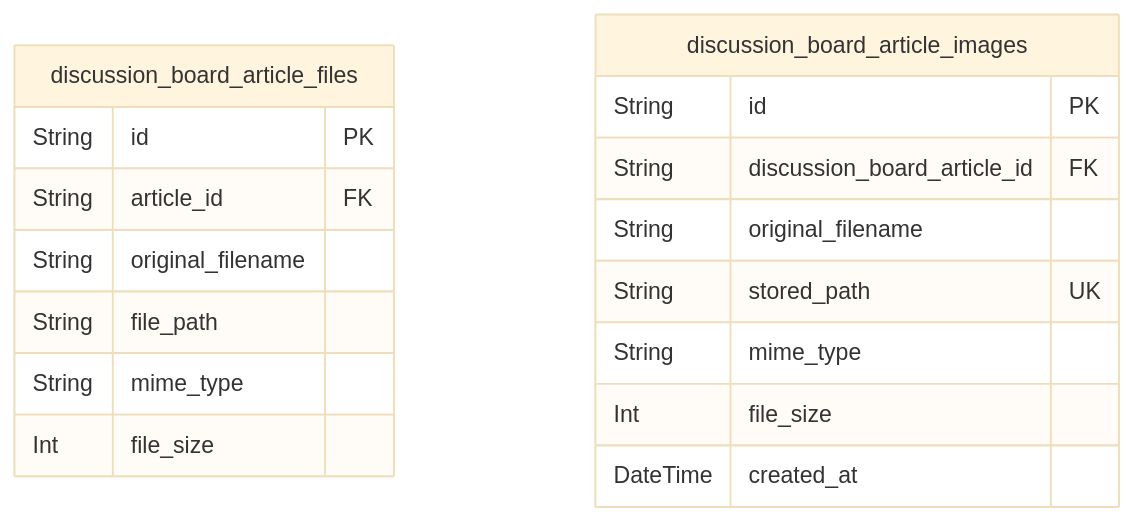
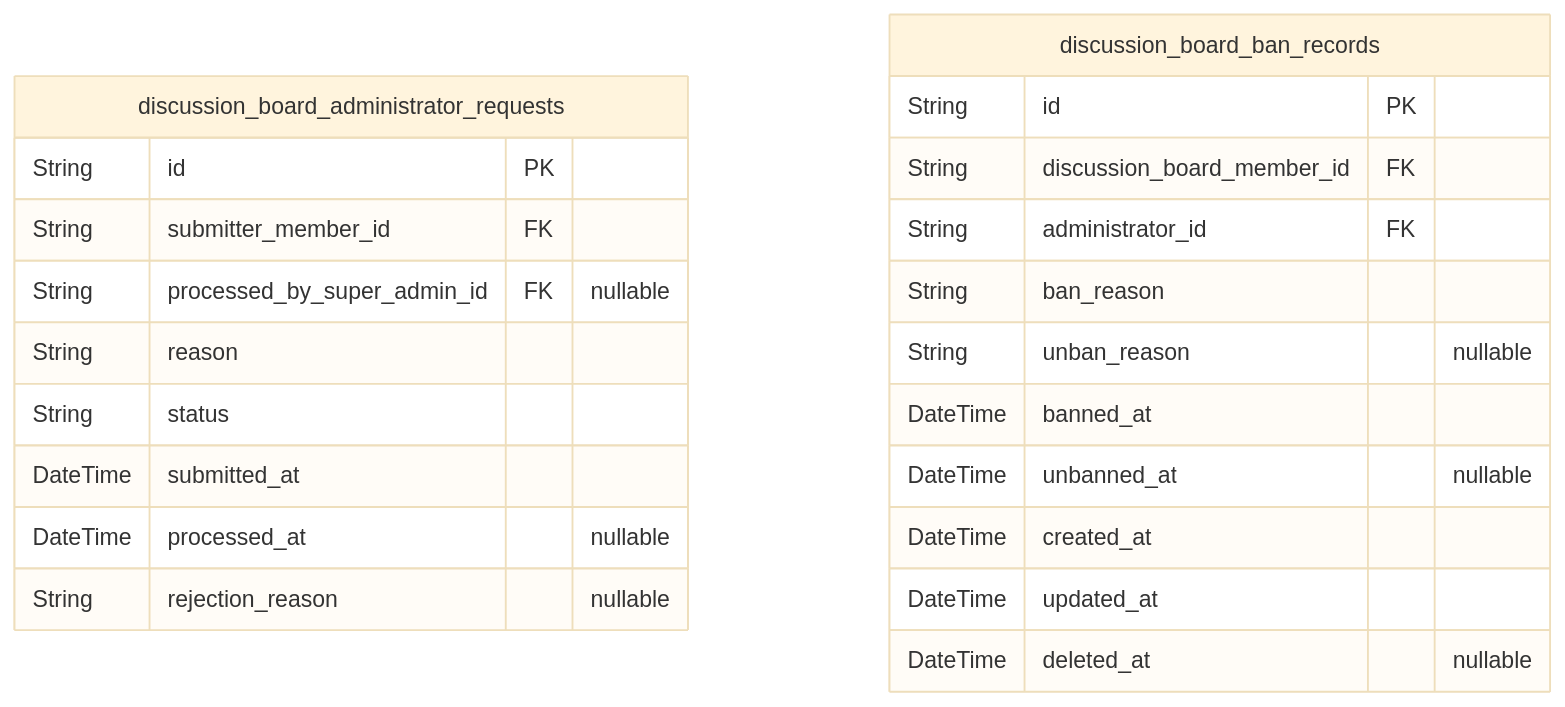
Before and after one commit to wrtnlabs/autobe-examples: the third of 3 diagrams in qwen/qwen3-coder-next/bbs/docs/ERD.md, drawn with Mermaid (base theme). The commit also changed other lines of this file and 17098 other files, not shown here.

````diff
--- a/qwen/qwen3-coder-next/bbs/docs/ERD.md
+++ b/qwen/qwen3-coder-next/bbs/docs/ERD.md
@@ -616,20 +596,25 @@
 ```mermaid
 erDiagram
-"discussion_board_article_files" {
+"discussion_board_administrator_requests" {
   String id PK
-  String article_id FK
-  String original_filename
-  String file_path
-  String mime_type
-  Int file_size
+  String submitter_member_id FK
+  String processed_by_super_admin_id FK "nullable"
+  String reason
+  String status
+  DateTime submitted_at
+  DateTime processed_at "nullable"
+  String rejection_reason "nullable"
 }
-"discussion_board_article_images" {
+"discussion_board_ban_records" {
   String id PK
-  String discussion_board_article_id FK
-  String original_filename
-  String stored_path UK
-  String mime_type
-  Int file_size
+  String discussion_board_member_id FK
+  String administrator_id FK
+  String ban_reason
+  String unban_reason "nullable"
+  DateTime banned_at
+  DateTime unbanned_at "nullable"
   DateTime created_at
+  DateTime updated_at
+  DateTime deleted_at "nullable"
 }
 ```
````
